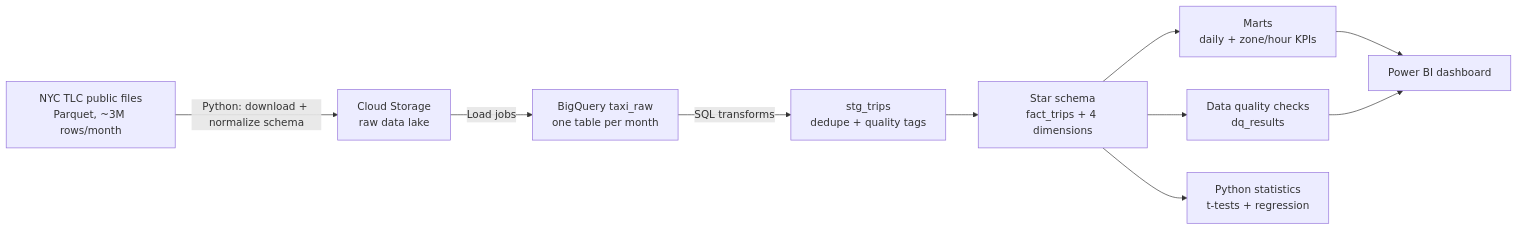
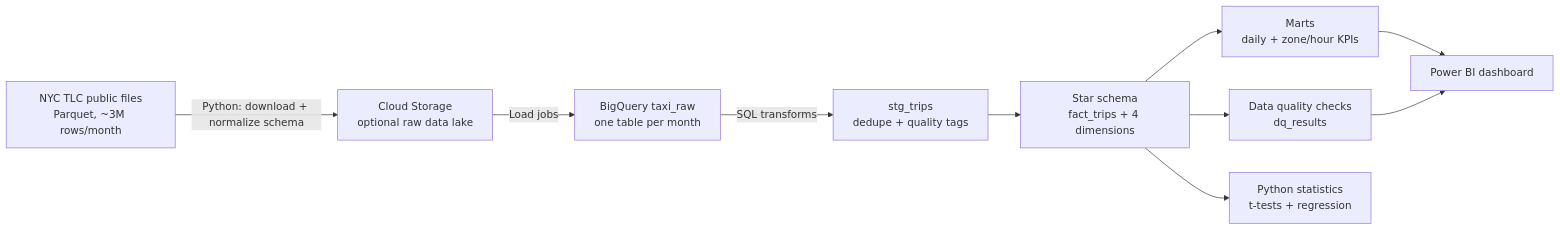
One commit to rajashekar236/nyc-taxi-cloud-analytics-pipeline changed the first of 2 diagrams in README.md. Above: the diagram before and after it, drawn with Mermaid. The commit also changed other lines of this file, not shown here.

````diff
--- a/README.md
+++ b/README.md
@@ -16,12 +16,12 @@
 ```mermaid
 flowchart LR
-    A[NYC TLC public files<br/>Parquet, ~3M rows/month] -->|Python: download + normalize schema| B[Cloud Storage<br/>raw data lake]
+    A[NYC TLC public files<br/>Parquet, ~3M rows/month] -->|Python: download + normalize schema| B[Cloud Storage<br/>optional raw data lake]
     B -->|Load jobs| C[BigQuery taxi_raw<br/>one table per month]
     C -->|SQL transforms| D[stg_trips<br/>dedupe + quality tags]
     D --> E[Star schema<br/>fact_trips + 4 dimensions]
     E --> F[Marts<br/>daily + zone/hour KPIs]
     E --> G[Data quality checks<br/>dq_results]
     E --> H[Python statistics<br/>t-tests + regression]
     F --> I[Power BI dashboard]
     G --> I
 ```
````
